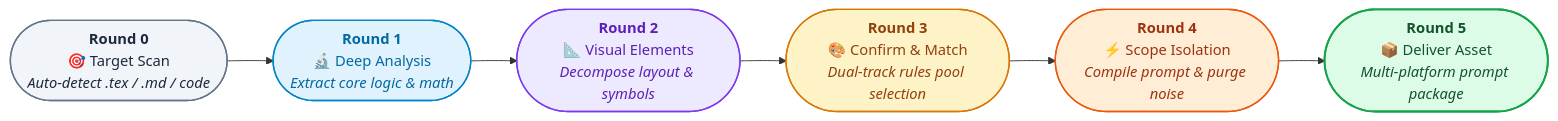
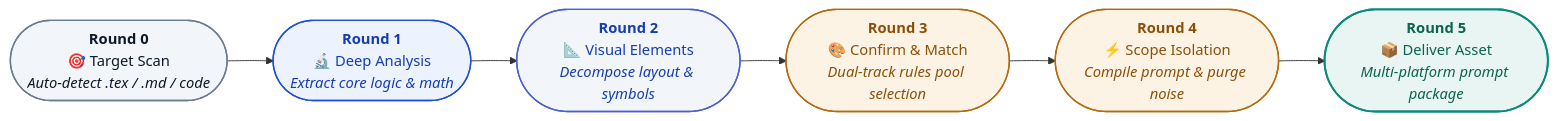
Before and after one commit to LPK3215/sci-plot: the fourth of 4 diagrams in README.md, drawn with Mermaid. The commit also changed other lines of this file and 27 other files, not shown here.

````diff
--- a/README.md
+++ b/README.md
@@ -280,23 +284,23 @@
 ```mermaid
 flowchart LR
     R0(["<b>Round 0</b><br/>🎯 Target Scan<br/><i>Auto-detect .tex / .md / code</i>"]) 
     --> R1(["<b>Round 1</b><br/>🔬 Deep Analysis<br/><i>Extract core logic & math</i>"]) 
     --> R2(["<b>Round 2</b><br/>📐 Visual Elements<br/><i>Decompose layout & symbols</i>"]) 
     --> R3(["<b>Round 3</b><br/>🎨 Confirm & Match<br/><i>Dual-track rules pool selection</i>"]) 
     --> R4(["<b>Round 4</b><br/>⚡ Scope Isolation<br/><i>Compile prompt & purge noise</i>"]) 
     --> R5(["<b>Round 5</b><br/>📦 Deliver Asset<br/><i>Multi-platform prompt package</i>"])
 
-    classDef r0 fill:#f1f5f9,stroke:#64748b,stroke-width:1.5px,color:#1e293b;
-    classDef r1 fill:#e0f2fe,stroke:#0284c7,stroke-width:1.5px,color:#0369a1;
-    classDef r2 fill:#ede9fe,stroke:#7c3aed,stroke-width:1.5px,color:#5b21b6;
-    classDef r3 fill:#fef3c7,stroke:#d97706,stroke-width:1.5px,color:#92400e;
-    classDef r4 fill:#ffedd5,stroke:#ea580c,stroke-width:1.5px,color:#9a3412;
-    classDef r5 fill:#dcfce7,stroke:#16a34a,stroke-width:2px,color:#14532d;
+    classDef r0 fill:#F2F5F9,stroke:#6B7A8D,stroke-width:1.5px,color:#0E1A2B;
+    classDef r1 fill:#EDF2FF,stroke:#1E4FD8,stroke-width:1.5px,color:#153DB0;
+    classDef r2 fill:#F2F5F9,stroke:#4C5FD0,stroke-width:1.5px,color:#153DB0;
+    classDef r3 fill:#FDF3E4,stroke:#B4690E,stroke-width:1.5px,color:#8A5008;
+    classDef r4 fill:#FDF3E4,stroke:#B4690E,stroke-width:1.5px,color:#8A5008;
+    classDef r5 fill:#E8F5F2,stroke:#0B8A78,stroke-width:2px,color:#0B644F;
 
     class R0 r0;
     class R1 r1;
     class R2 r2;
     class R3 r3;
     class R4 r4;
     class R5 r5;
 ```
````
